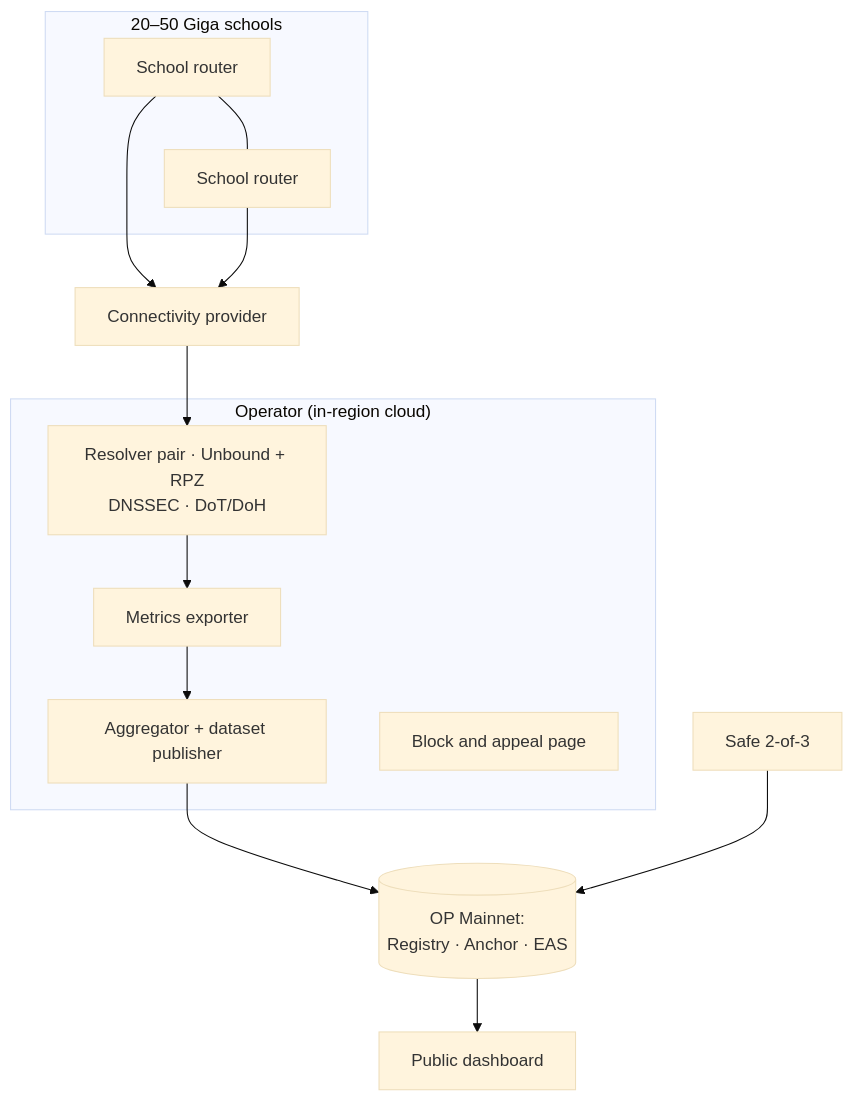
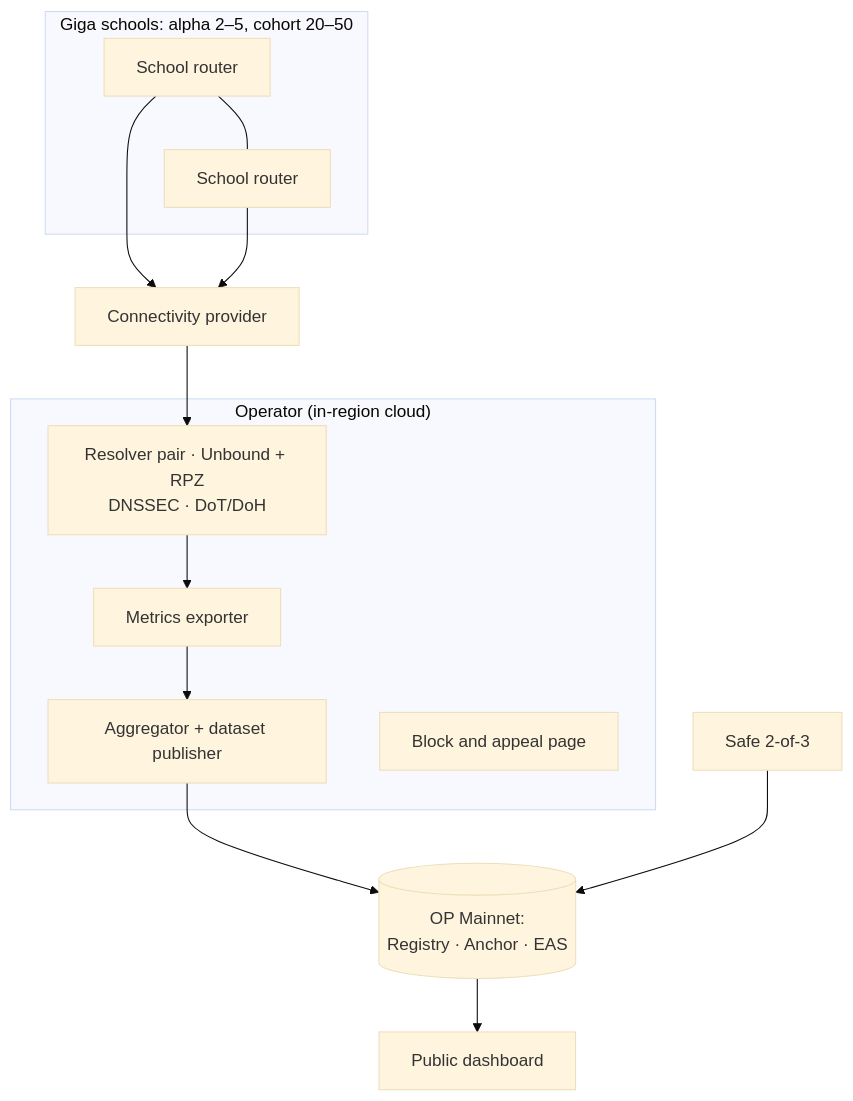
Before and after one commit to xcapit/verifiable-policy-registry: the second of 2 diagrams in docs/ARCHITECTURE.md, drawn with Mermaid (base theme). The commit also changed other lines of this file and 8 other files, not shown here.

````diff
--- a/docs/ARCHITECTURE.md
+++ b/docs/ARCHITECTURE.md
@@ -90,18 +90,18 @@
 ```mermaid
 flowchart TB
-  subgraph schools["20–50 Giga schools"]
+  subgraph schools["Giga schools: alpha 2–5, cohort 20–50"]
     R1[School router] --- R2[School router]
   end
   ISP[Connectivity provider] --> RES
   R1 & R2 --> ISP
   subgraph ops["Operator (in-region cloud)"]
     RES[Resolver pair · Unbound + RPZ<br/>DNSSEC · DoT/DoH]
     EXP[Metrics exporter]
     AGG[Aggregator + dataset publisher]
     BP[Block and appeal page]
     RES --> EXP --> AGG
   end
   AGG --> L2[(OP Mainnet:<br/>Registry · Anchor · EAS)]
   GOV[Safe 2-of-3] --> L2
   L2 --> DASH[Public dashboard]
 ```
````
